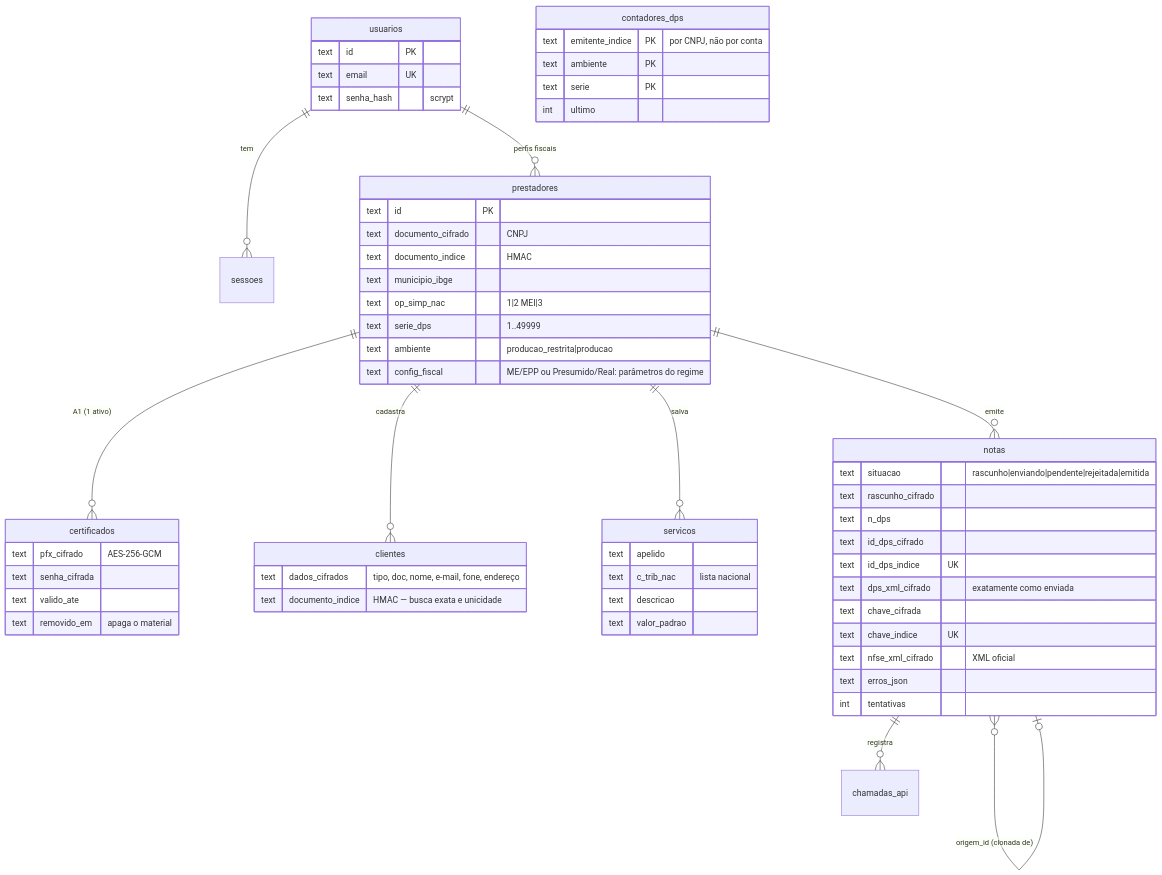
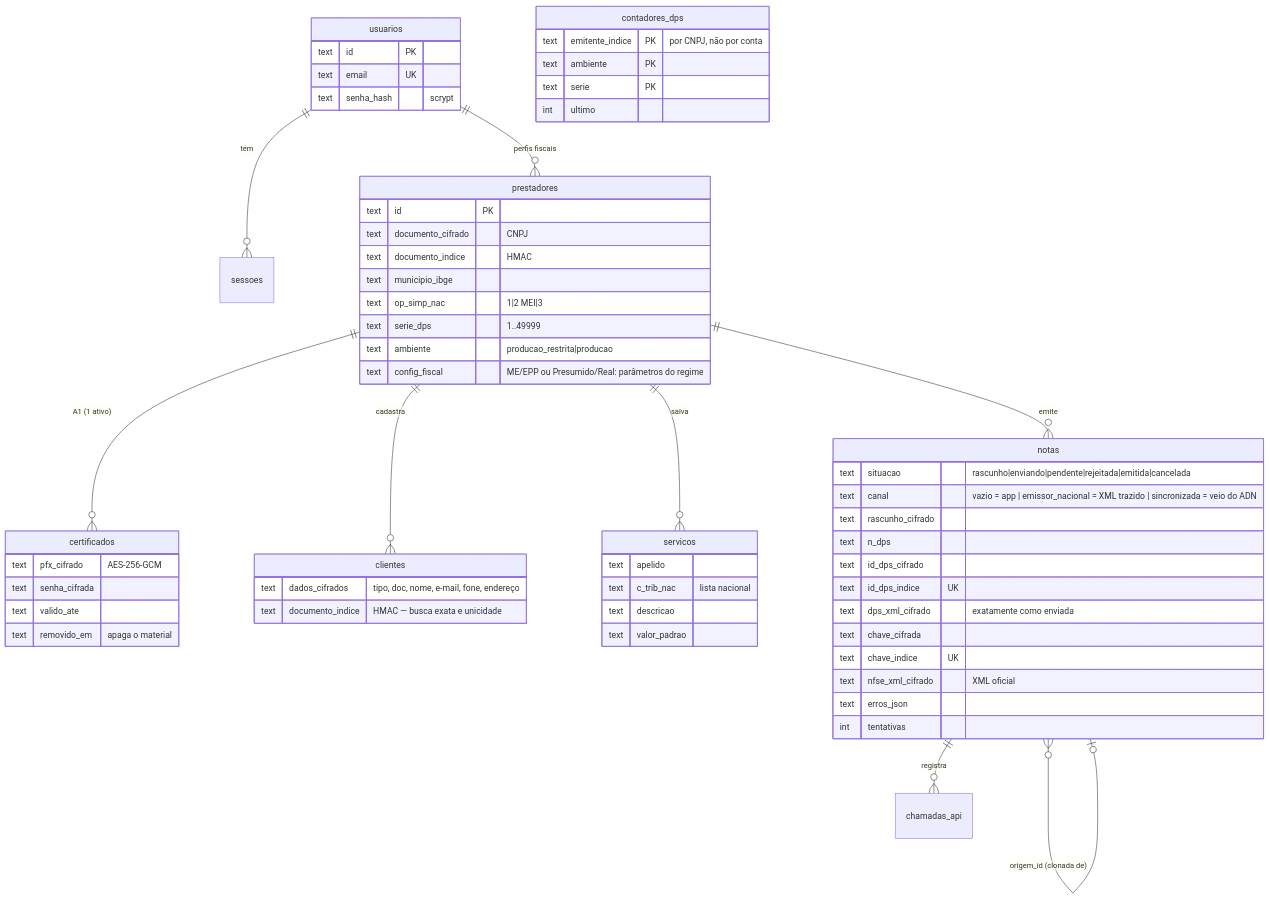
The second of 4 diagrams in docs/03-dados-e-integracao.md (fredabsd-svg/NotaVez), drawn with Mermaid before and after one commit. The commit also changed other lines of this file and 47 other files, not shown here.

````diff
--- a/docs/03-dados-e-integracao.md
+++ b/docs/03-dados-e-integracao.md
@@ -30,61 +30,62 @@
 ```mermaid
 erDiagram
   usuarios ||--o{ sessoes : tem
   usuarios ||--o{ prestadores : "perfis fiscais"
   prestadores ||--o{ certificados : "A1 (1 ativo)"
   prestadores ||--o{ clientes : cadastra
   prestadores ||--o{ servicos : salva
   prestadores ||--o{ notas : emite
   notas ||--o{ chamadas_api : registra
   notas }o--o| notas : "origem_id (clonada de)"
   usuarios {
     text id PK
     text email UK
     text senha_hash "scrypt"
   }
   prestadores {
     text id PK
     text documento_cifrado "CNPJ"
     text documento_indice "HMAC"
     text municipio_ibge
     text op_simp_nac "1|2 MEI|3"
     text serie_dps "1..49999"
     text ambiente "producao_restrita|producao"
     text config_fiscal "ME/EPP ou Presumido/Real: parâmetros do regime"
   }
   certificados {
     text pfx_cifrado "AES-256-GCM"
     text senha_cifrada
     text valido_ate
     text removido_em "apaga o material"
   }
   clientes {
     text dados_cifrados "tipo, doc, nome, e-mail, fone, endereço"
     text documento_indice "HMAC — busca exata e unicidade"
   }
   servicos {
     text apelido
     text c_trib_nac "lista nacional"
     text descricao
     text valor_padrao
   }
   notas {
-    text situacao "rascunho|enviando|pendente|rejeitada|emitida"
+    text situacao "rascunho|enviando|pendente|rejeitada|emitida|cancelada"
+    text canal "vazio = app | emissor_nacional = XML trazido | sincronizada = veio do ADN"
     text rascunho_cifrado
     text n_dps
     text id_dps_cifrado
     text id_dps_indice UK
     text dps_xml_cifrado "exatamente como enviada"
     text chave_cifrada
     text chave_indice UK
     text nfse_xml_cifrado "XML oficial"
     text erros_json
     int tentativas
   }
   contadores_dps {
     text emitente_indice PK "por CNPJ, não por conta"
     text ambiente PK
     text serie PK
     int ultimo
   }
 ```
````
